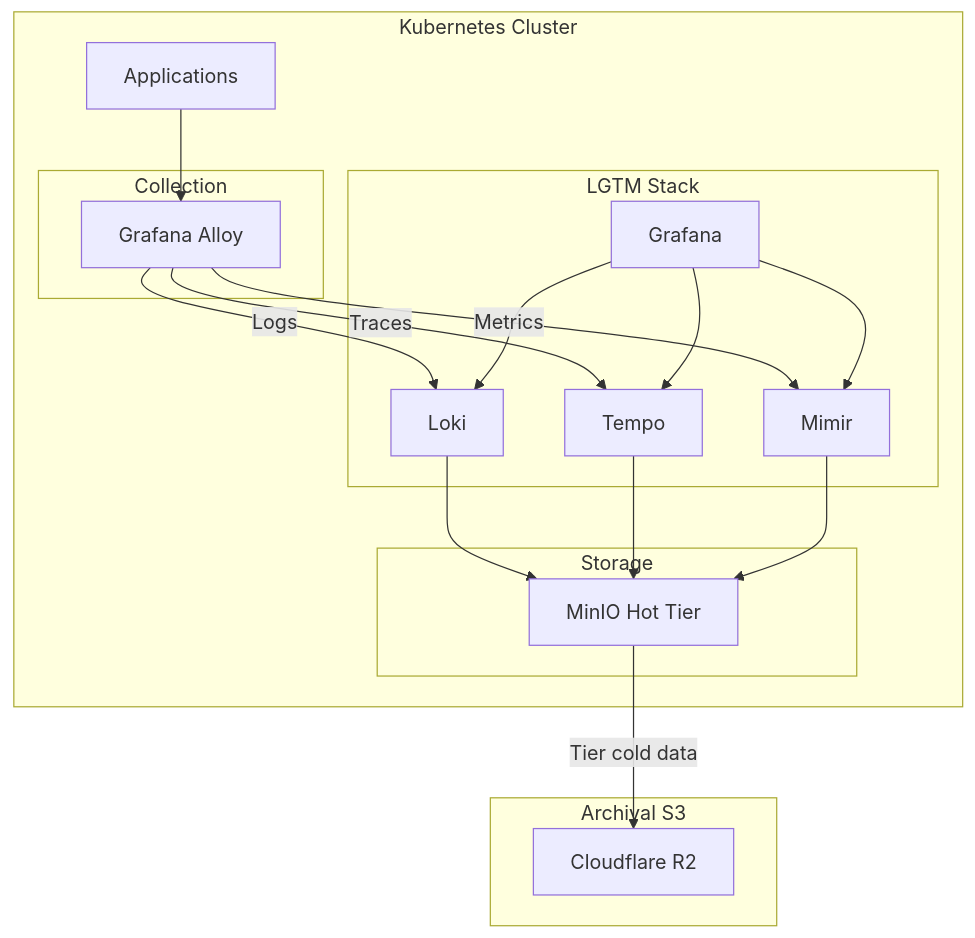
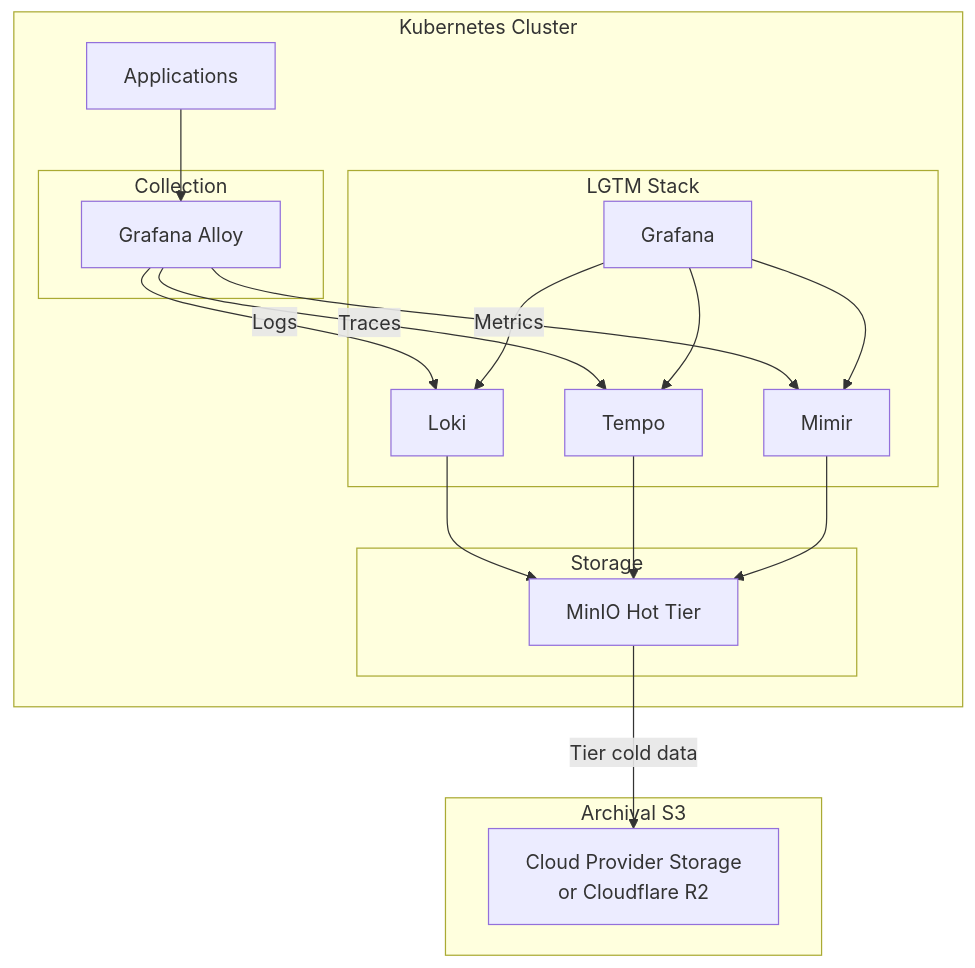
Before and after one commit to openova-io/grafana: the first of 3 diagrams in docs/ADR-OBSERVABILITY-STACK.md, drawn with Mermaid. The commit also changed other lines of this file and 1 other file, not shown here.

````diff
--- a/docs/ADR-OBSERVABILITY-STACK.md
+++ b/docs/ADR-OBSERVABILITY-STACK.md
@@ -22,37 +22,37 @@
 ```mermaid
 flowchart TB
     subgraph K8s["Kubernetes Cluster"]
         subgraph Collectors["Collection"]
             Alloy[Grafana Alloy]
         end
 
         subgraph LGTM["LGTM Stack"]
             Loki[Loki]
             Grafana[Grafana]
             Tempo[Tempo]
             Mimir[Mimir]
         end
 
         subgraph Storage["Storage"]
             MinIO[MinIO Hot Tier]
         end
 
         Apps[Applications]
     end
 
     subgraph Archival["Archival S3"]
-        R2[Cloudflare R2]
+        Archive[Cloud Provider Storage<br/>or Cloudflare R2]
     end
 
     Apps --> Alloy
     Alloy -->|"Logs"| Loki
     Alloy -->|"Traces"| Tempo
     Alloy -->|"Metrics"| Mimir
     Loki --> MinIO
     Tempo --> MinIO
     Mimir --> MinIO
-    MinIO -->|"Tier cold data"| R2
+    MinIO -->|"Tier cold data"| Archive
     Grafana --> Loki
     Grafana --> Tempo
     Grafana --> Mimir
 ```
````
